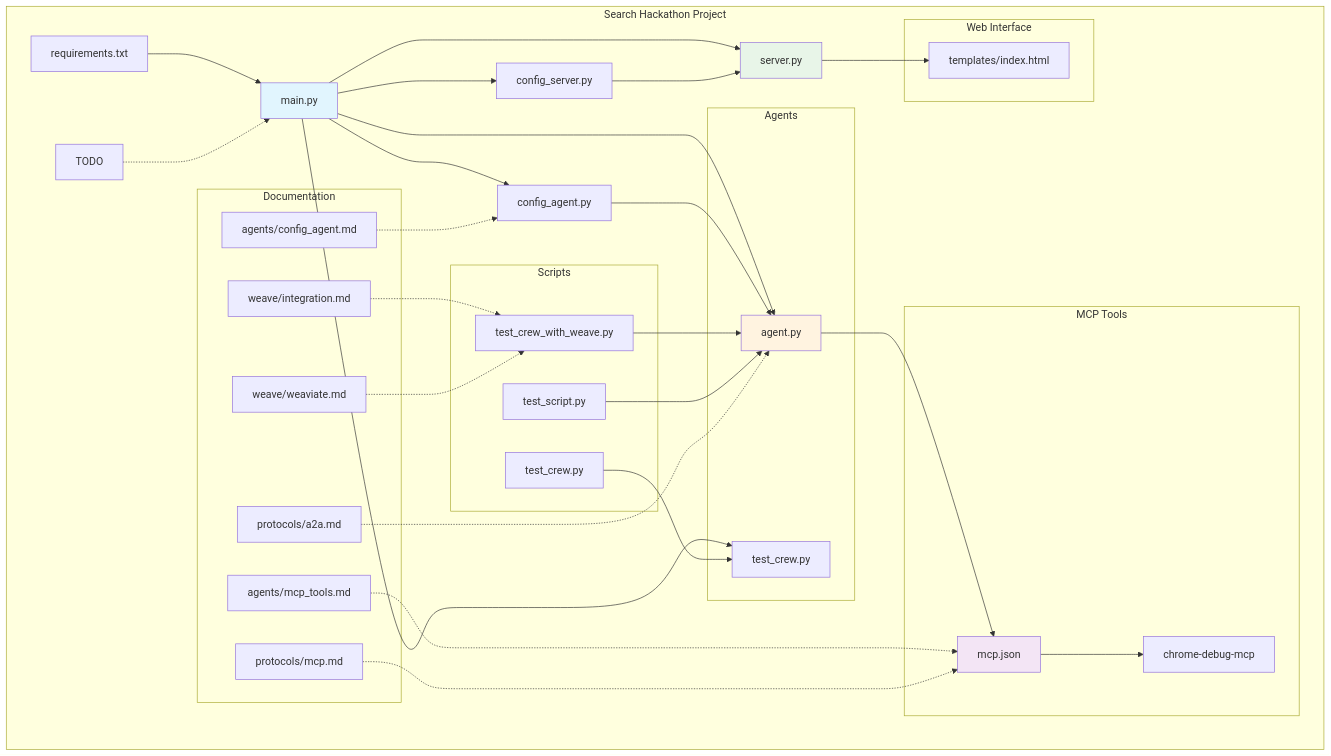
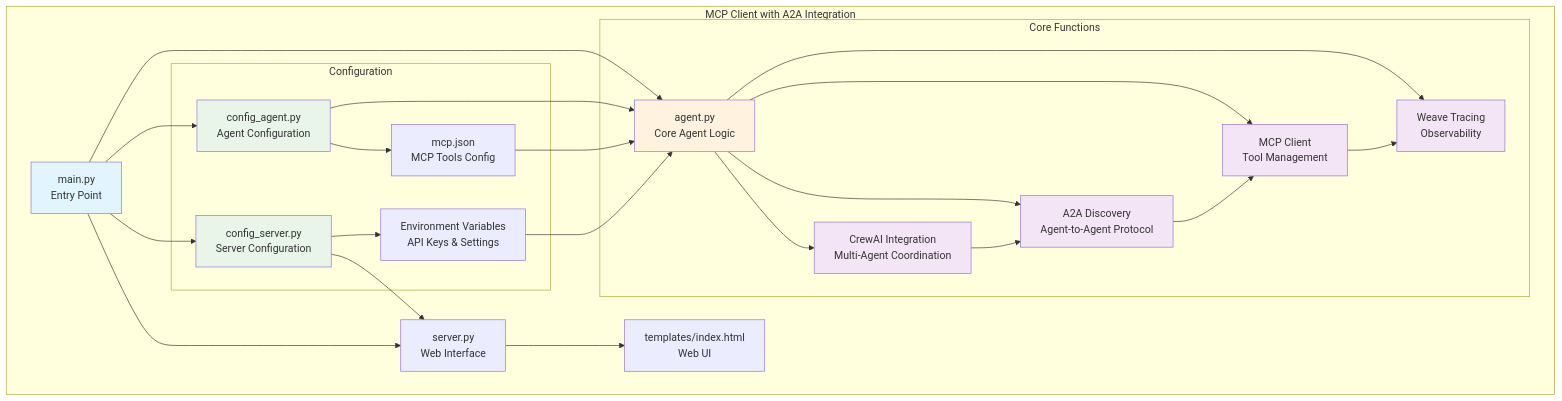
One commit to peytontolbert/hackathon changed the diagram in mermaid.md. Above: the diagram before and after it, drawn with Mermaid. The commit also changed other lines of this file and 1 other file, not shown here.

Commit message:
mermaid diagram2

````diff
--- a/mermaid.md
+++ b/mermaid.md
@@ -5,71 +5,43 @@
 ```mermaid
 graph TD
-    subgraph "Search Hackathon Project"
-        A[main.py] --> B[server.py]
-        A --> C[config_agent.py]
-        A --> D[config_server.py]
+    subgraph "MCP Client with A2A Integration"
+        A[main.py<br/>Entry Point] --> B[server.py<br/>Web Interface]
+        A --> C[config_agent.py<br/>Agent Configuration]
+        A --> D[config_server.py<br/>Server Configuration]
+        A --> E[agent.py<br/>Core Agent Logic]
         
-        subgraph "Agents"
-            E[agent.py]
-            F[test_crew.py]
+        subgraph "Configuration"
+            C --> F[mcp.json<br/>MCP Tools Config]
+            D --> G[Environment Variables<br/>API Keys & Settings]
         end
         
-        subgraph "MCP Tools"
-            G[mcp.json]
-            H[chrome-debug-mcp]
+        subgraph "Core Functions"
+            E --> H[A2A Discovery<br/>Agent-to-Agent Protocol]
+            E --> I[MCP Client<br/>Tool Management]
+            E --> J[Weave Tracing<br/>Observability]
+            E --> K[CrewAI Integration<br/>Multi-Agent Coordination]
         end
         
-        subgraph "Scripts"
-            I[test_crew_with_weave.py]
-            J[test_crew.py]
-            K[test_script.py]
-        end
+        B --> L[templates/index.html<br/>Web UI]
         
-        subgraph "Documentation"
-            L[agents/config_agent.md]
-            M[agents/mcp_tools.md]
-            N[protocols/a2a.md]
-            O[protocols/mcp.md]
-            P[weave/integration.md]
-            Q[weave/weaviate.md]
-        end
-        
-        subgraph "Web Interface"
-            R[templates/index.html]
-        end
-        
-        S[requirements.txt]
-        T[TODO]
-        
-        %% Connections
-        A --> E
-        A --> F
-        B --> R
+        %% Main connections
         C --> E
         D --> B
-        G --> H
-        E --> G
+        F --> E
+        G --> E
         
-        %% Test connections
-        I --> E
-        J --> F
-        K --> E
-        
-        %% Documentation connections
-        L -.-> C
-        M -.-> G
-        N -.-> E
-        O -.-> G
-        P -.-> I
-        Q -.-> I
-        
-        %% Dependencies
-        S --> A
-        T -.-> A
+        %% Function interactions
+        H --> I
+        I --> J
+        K --> H
     end
     
     style A fill:#e1f5fe
-    style B fill:#e8f5e8
     style E fill:#fff3e0
-    style G fill:#f3e5f5
+    style C fill:#e8f5e8
+    style D fill:#e8f5e8
+    style H fill:#f3e5f5
+    style I fill:#f3e5f5
+    style J fill:#f3e5f5
+    style K fill:#f3e5f5
 ```
````
